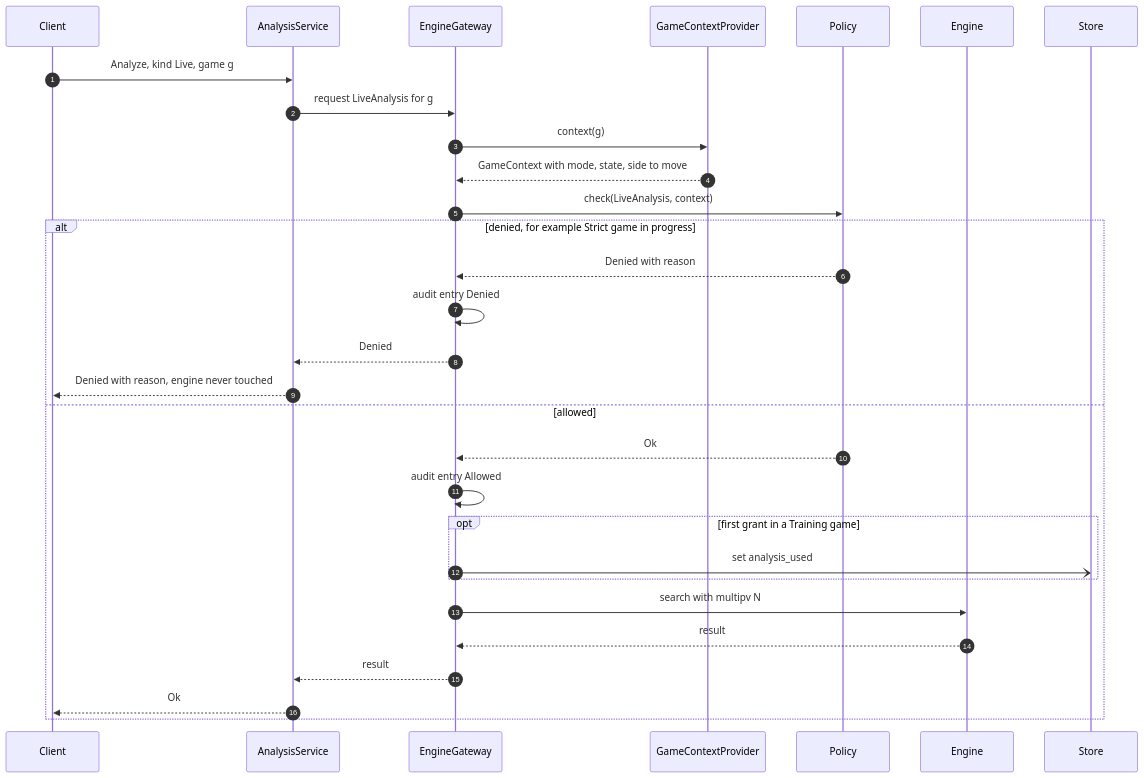
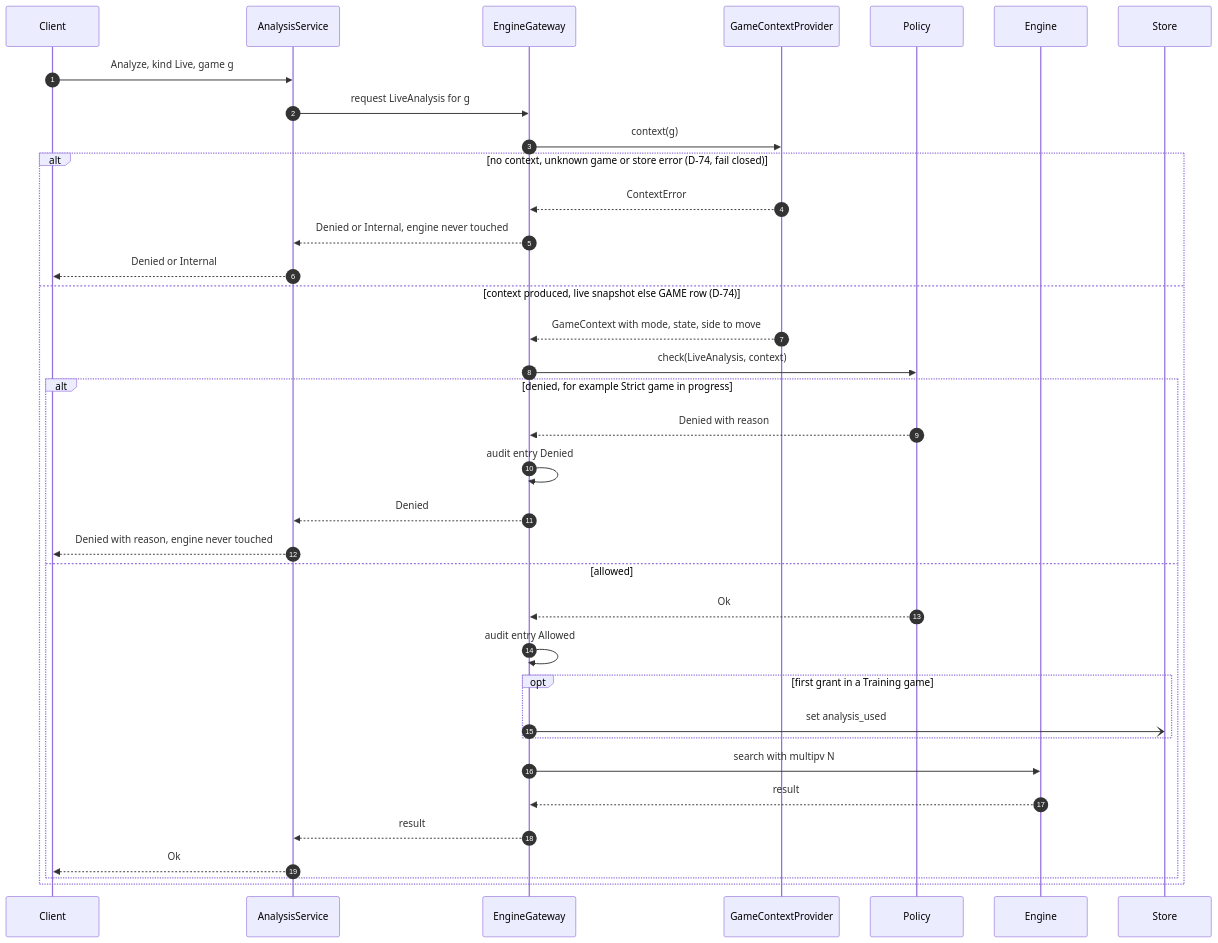
The seventh of 15 diagrams in docs/design/SDD-chess-app.md (bprascher/chess), drawn with Mermaid before and after one commit. The commit also changed other lines of this file and 10 other files, not shown here.

````diff
--- a/docs/design/SDD-chess-app.md
+++ b/docs/design/SDD-chess-app.md
@@ -571,32 +571,38 @@
 ```mermaid
 sequenceDiagram
     autonumber
     participant C as Client
     participant AN as AnalysisService
     participant G as EngineGateway
     participant X as GameContextProvider
     participant PO as Policy
     participant E as Engine
     participant ST as Store
     C->>AN: Analyze, kind Live, game g
     AN->>G: request LiveAnalysis for g
     G->>X: context(g)
-    X-->>G: GameContext with mode, state, side to move
-    G->>PO: check(LiveAnalysis, context)
-    alt denied, for example Strict game in progress
-        PO-->>G: Denied with reason
-        G->>G: audit entry Denied
-        G-->>AN: Denied
-        AN-->>C: Denied with reason, engine never touched
-    else allowed
-        PO-->>G: Ok
-        G->>G: audit entry Allowed
-        opt first grant in a Training game
-            G-)ST: set analysis_used
+    alt no context, unknown game or store error (D-74, fail closed)
+        X-->>G: ContextError
+        G-->>AN: Denied or Internal, engine never touched
+        AN-->>C: Denied or Internal
+    else context produced, live snapshot else GAME row (D-74)
+        X-->>G: GameContext with mode, state, side to move
+        G->>PO: check(LiveAnalysis, context)
+        alt denied, for example Strict game in progress
+            PO-->>G: Denied with reason
+            G->>G: audit entry Denied
+            G-->>AN: Denied
+            AN-->>C: Denied with reason, engine never touched
+        else allowed
+            PO-->>G: Ok
+            G->>G: audit entry Allowed
+            opt first grant in a Training game
+                G-)ST: set analysis_used
+            end
+            G->>E: search with multipv N
+            E-->>G: result
+            G-->>AN: result
+            AN-->>C: Ok
         end
-        G->>E: search with multipv N
-        E-->>G: result
-        G-->>AN: result
-        AN-->>C: Ok
     end
 ```
````
